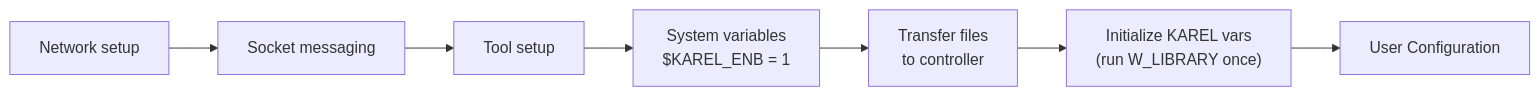
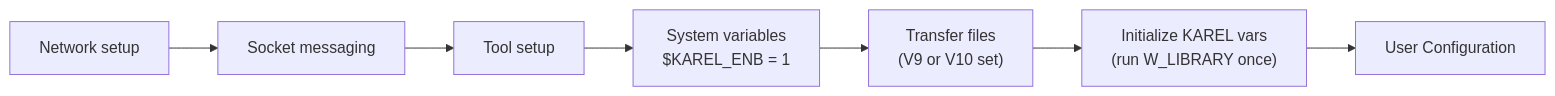
The diagram in docs/1_0_0_installation.md (wenglor/robot-vision-fanuc), drawn with Mermaid before and after one commit. The commit also changed other lines of this file and 26 other files, not shown here.

````diff
--- a/docs/1_0_0_installation.md
+++ b/docs/1_0_0_installation.md
@@ -30,9 +43,9 @@
 ```mermaid
 graph LR
     A[Network setup] --> B[Socket messaging]
     B --> C[Tool setup]
     C --> D["System variables<br>$KAREL_ENB = 1"]
-    D --> E[Transfer files<br>to controller]
+    D --> E["Transfer files<br>(V9 or V10 set)"]
     E --> F["Initialize KAREL vars<br>(run W_LIBRARY once)"]
     F --> G[User Configuration]
 ```
````
